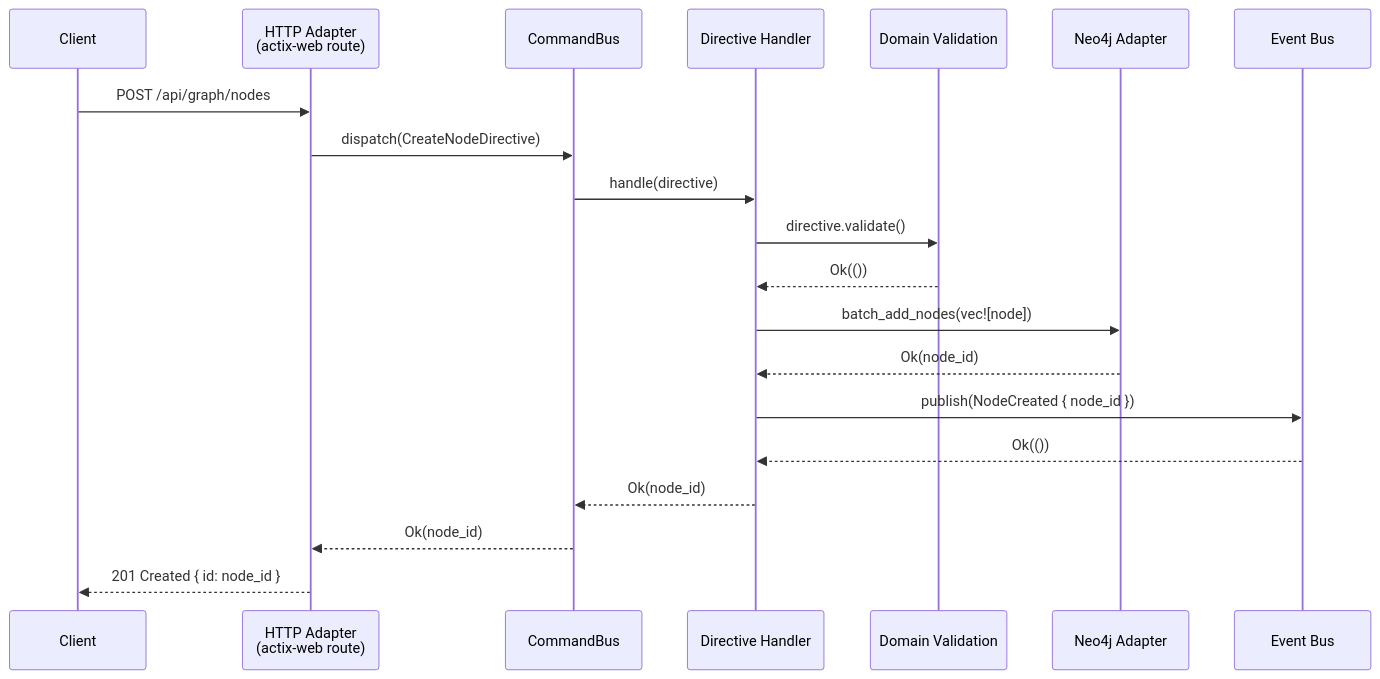
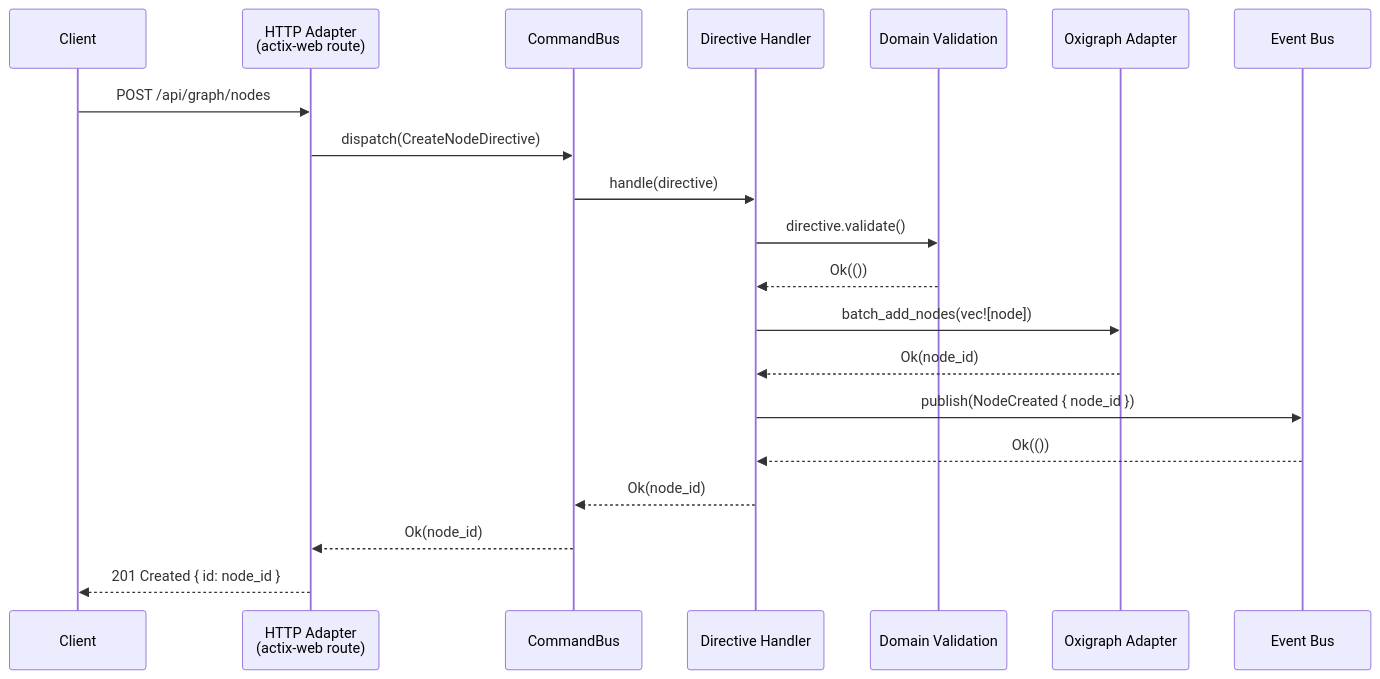
The third of 5 diagrams in docs/explanation/backend-cqrs-pattern.md (shaneholloman/logseq-spring-thing), drawn with Mermaid before and after one commit. The commit also changed other lines of this file and 58 other files, not shown here.

First line of the commit message:
docs: Neo4j→Oxigraph + webxr→visionclaw alignment, physics controls, health probes

````diff
--- a/docs/explanation/backend-cqrs-pattern.md
+++ b/docs/explanation/backend-cqrs-pattern.md
@@ -329,23 +339,23 @@
 ```mermaid
 sequenceDiagram
     participant Client
     participant HTTP as HTTP Adapter<br/>(actix-web route)
     participant Bus as CommandBus
     participant Handler as Directive Handler
     participant Domain as Domain Validation
-    participant Repo as Neo4j Adapter
+    participant Repo as Oxigraph Adapter
     participant Events as Event Bus
 
     Client->>HTTP: POST /api/graph/nodes
     HTTP->>Bus: dispatch(CreateNodeDirective)
     Bus->>Handler: handle(directive)
     Handler->>Domain: directive.validate()
     Domain-->>Handler: Ok(())
     Handler->>Repo: batch_add_nodes(vec![node])
     Repo-->>Handler: Ok(node_id)
     Handler->>Events: publish(NodeCreated { node_id })
     Events-->>Handler: Ok(())
     Handler-->>Bus: Ok(node_id)
     Bus-->>HTTP: Ok(node_id)
     HTTP-->>Client: 201 Created { id: node_id }
 ```
````
